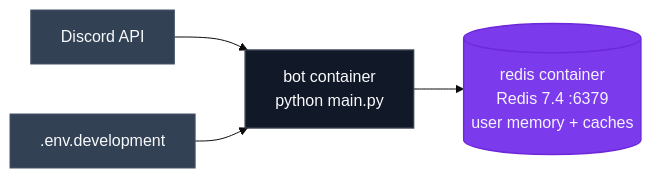
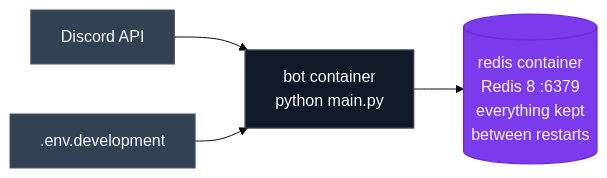
The fifth of 5 diagrams in docs/architecture.md (jobeus/cmwgpt), drawn with Mermaid (base theme) before and after one commit. The commit also changed other lines of this file and 80 other files, not shown here.

````diff
--- a/docs/architecture.md
+++ b/docs/architecture.md
@@ -295,11 +305,11 @@
 ```mermaid
 flowchart LR
     classDef ext fill:#334155,color:#f8fafc,stroke:#475569,stroke-width:1px;
     classDef ctr fill:#111827,color:#f9fafb,stroke:#374151,stroke-width:1.4px;
     classDef db fill:#7c3aed,color:#f5f3ff,stroke:#6d28d9,stroke-width:1.4px;
 
     Discord[Discord API]:::ext --> Bot[bot container<br/>python main.py]:::ctr
-    Bot --> Redis[(redis container<br/>Redis 7.4 :6379<br/>user memory + caches)]:::db
+    Bot --> Redis[(redis container<br/>Redis 8 :6379<br/>everything kept<br/>between restarts)]:::db
 
     Env[.env.development]:::ext --> Bot
 ```
````
